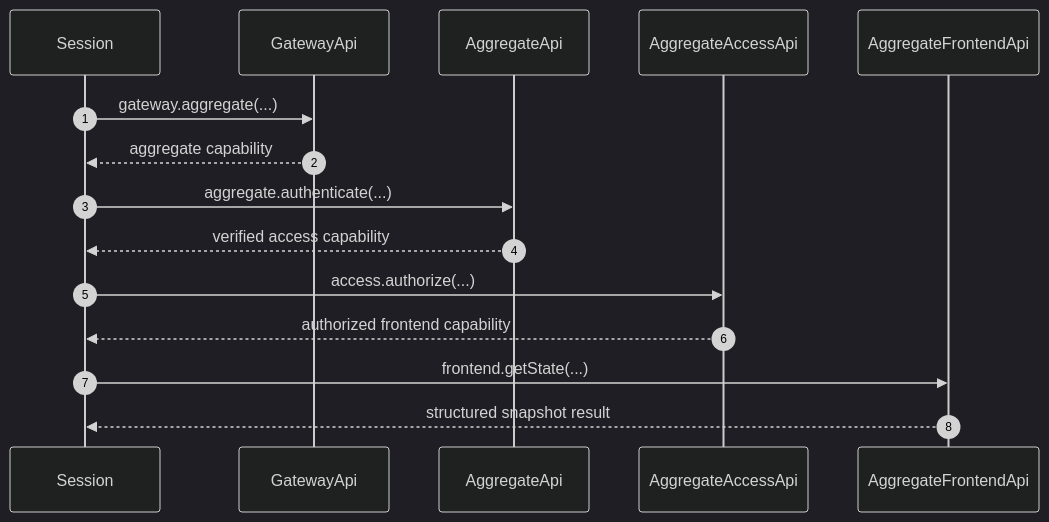
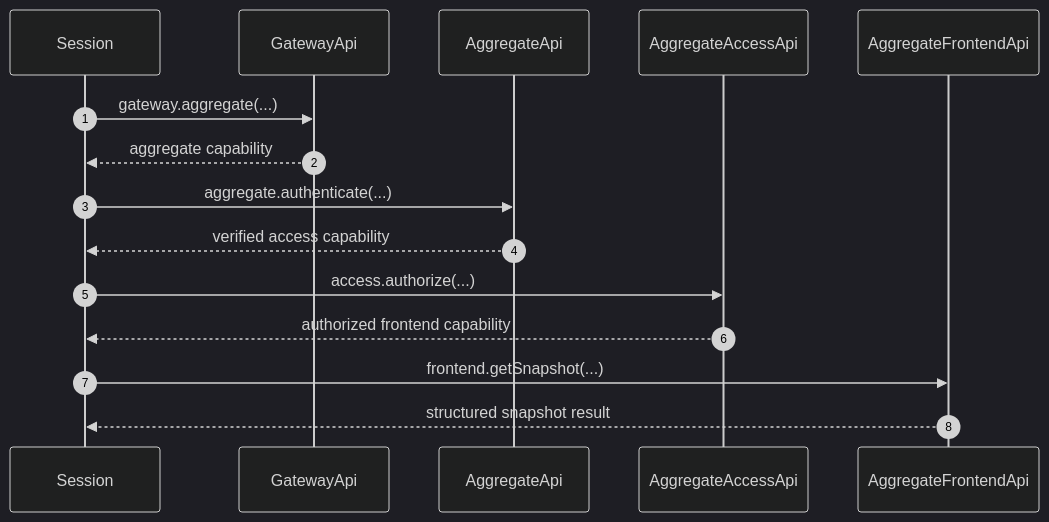
The diagram in wiki/architecture/browser/Authentication.md (morgs32/qrk.sh), drawn with Mermaid (dark theme) before and after one commit. The commit also changed other lines of this file and 212 other files, not shown here.

````diff
--- a/wiki/architecture/browser/Authentication.md
+++ b/wiki/architecture/browser/Authentication.md
@@ -31,17 +31,24 @@
 ```mermaid
 sequenceDiagram
   participant Session
   participant GatewayApi
   participant AggregateApi
   participant AggregateAccessApi
   participant AggregateFrontendApi
-  autonumber
+  autonumber 1
   Session->>GatewayApi: gateway.aggregate(...)
+  autonumber 2
   GatewayApi-->>Session: aggregate capability
+  autonumber 3
   Session->>AggregateApi: aggregate.authenticate(...)
+  autonumber 4
   AggregateApi-->>Session: verified access capability
+  autonumber 5
   Session->>AggregateAccessApi: access.authorize(...)
+  autonumber 6
   AggregateAccessApi-->>Session: authorized frontend capability
-  Session->>AggregateFrontendApi: frontend.getState(...)
+  autonumber 7
+  Session->>AggregateFrontendApi: frontend.getSnapshot(...)
+  autonumber 8
   AggregateFrontendApi-->>Session: structured snapshot result
 ```
````
